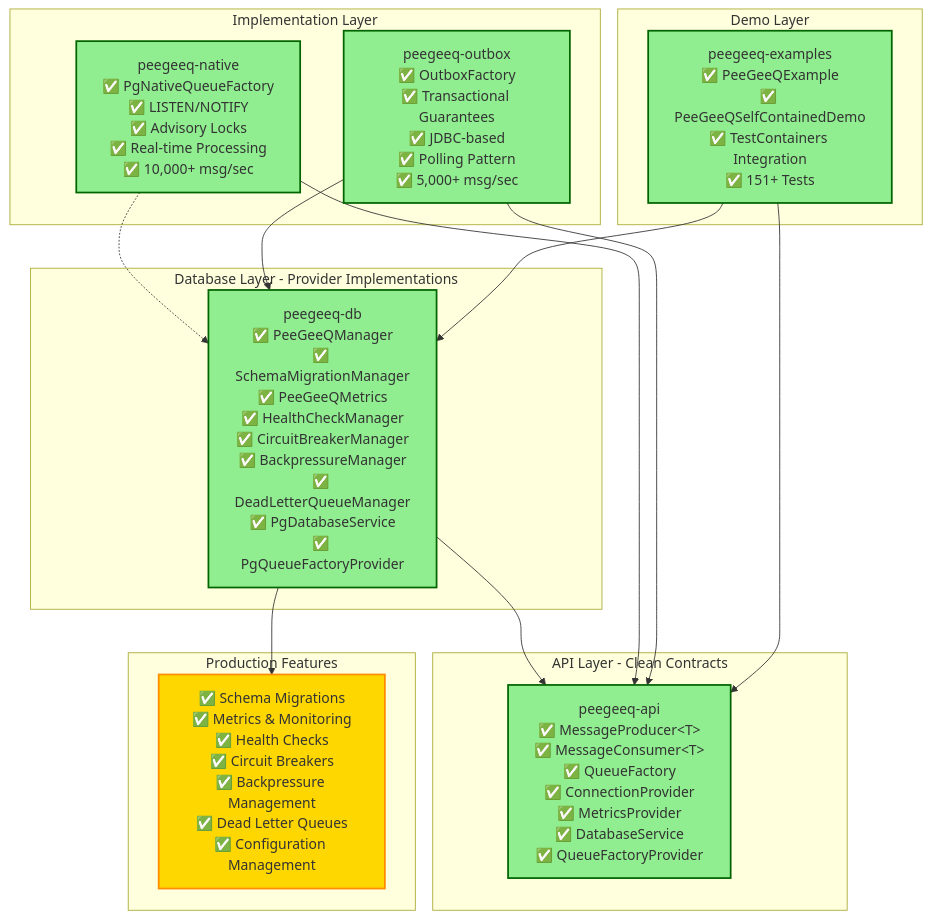
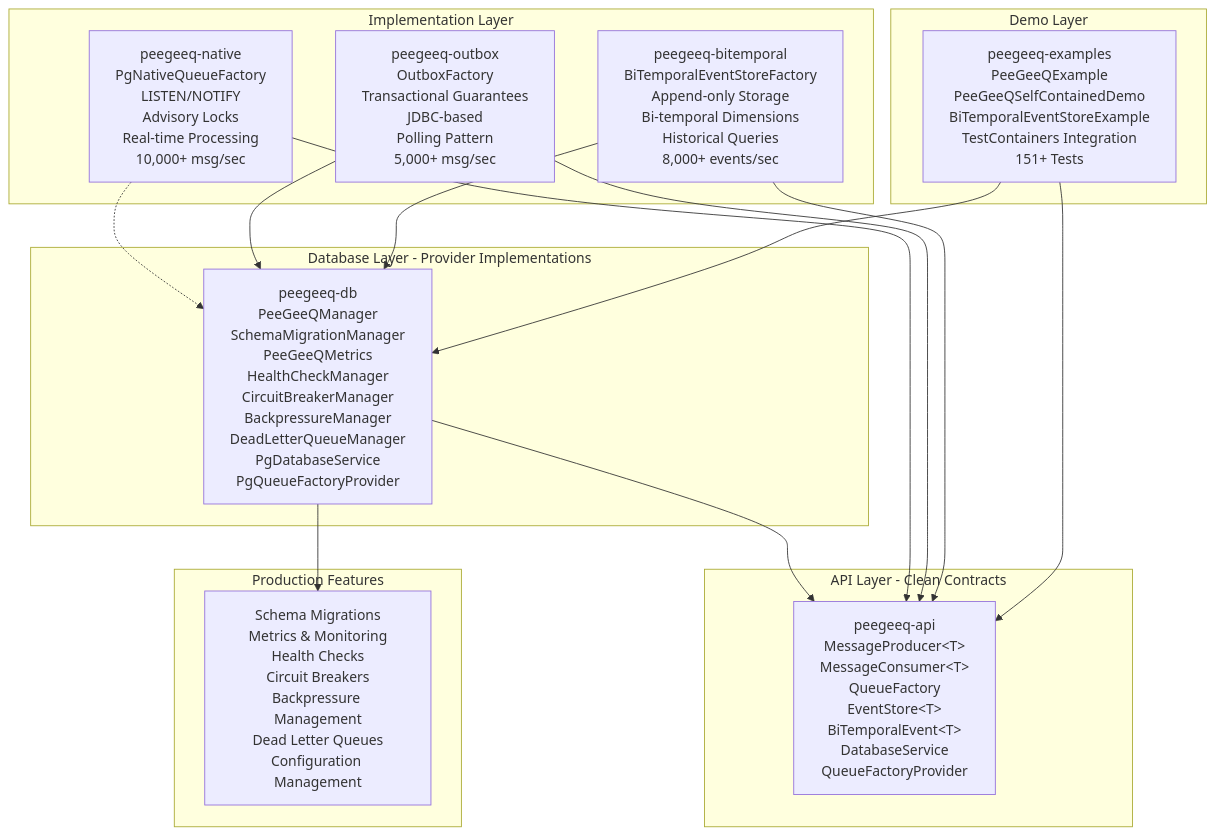
One commit to mraysmit/peegeeq changed the diagram in docs/PostgreSQL as a Message Queue Project Proposal.md. Above: the diagram before and after it, drawn with Mermaid. The commit also changed other lines of this file and 32 other files, not shown here.

Commit message:
add bi-temporal event store module with event sourcing, temporal queries, and real-time processing capabilities

````diff
--- a/docs/PostgreSQL as a Message Queue Project Proposal.md
+++ b/docs/PostgreSQL as a Message Queue Project Proposal.md
@@ -71,39 +92,36 @@
 ```mermaid
 graph TB
     subgraph "API Layer - Clean Contracts"
-        API[peegeeq-api<br/>✅ MessageProducer&lt;T&gt;<br/>✅ MessageConsumer&lt;T&gt;<br/>✅ QueueFactory<br/>✅ ConnectionProvider<br/>✅ MetricsProvider<br/>✅ DatabaseService<br/>✅ QueueFactoryProvider]
+        API[peegeeq-api<br/>MessageProducer&lt;T&gt;<br/>MessageConsumer&lt;T&gt;<br/>QueueFactory<br/>EventStore&lt;T&gt;<br/>BiTemporalEvent&lt;T&gt;<br/>DatabaseService<br/>QueueFactoryProvider]
     end
 
     subgraph "Database Layer - Provider Implementations"
-        DB[peegeeq-db<br/>✅ PeeGeeQManager<br/>✅ SchemaMigrationManager<br/>✅ PeeGeeQMetrics<br/>✅ HealthCheckManager<br/>✅ CircuitBreakerManager<br/>✅ BackpressureManager<br/>✅ DeadLetterQueueManager<br/>✅ PgDatabaseService<br/>✅ PgQueueFactoryProvider]
+        DB[peegeeq-db<br/>PeeGeeQManager<br/>SchemaMigrationManager<br/>PeeGeeQMetrics<br/>HealthCheckManager<br/>CircuitBreakerManager<br/>BackpressureManager<br/>DeadLetterQueueManager<br/>PgDatabaseService<br/>PgQueueFactoryProvider]
     end
 
     subgraph "Implementation Layer"
-        NATIVE[peegeeq-native<br/>✅ PgNativeQueueFactory<br/>✅ LISTEN/NOTIFY<br/>✅ Advisory Locks<br/>✅ Real-time Processing<br/>✅ 10,000+ msg/sec]
-        OUTBOX[peegeeq-outbox<br/>✅ OutboxFactory<br/>✅ Transactional Guarantees<br/>✅ JDBC-based<br/>✅ Polling Pattern<br/>✅ 5,000+ msg/sec]
+        NATIVE[peegeeq-native<br/>PgNativeQueueFactory<br/>LISTEN/NOTIFY<br/>Advisory Locks<br/>Real-time Processing<br/>10,000+ msg/sec]
+        OUTBOX[peegeeq-outbox<br/>OutboxFactory<br/>Transactional Guarantees<br/>JDBC-based<br/>Polling Pattern<br/>5,000+ msg/sec]
+        BITEMPORAL[peegeeq-bitemporal<br/>BiTemporalEventStoreFactory<br/>Append-only Storage<br/>Bi-temporal Dimensions<br/>Historical Queries<br/>8,000+ events/sec]
     end
 
     subgraph "Demo Layer"
-        EXAMPLES[peegeeq-examples<br/>✅ PeeGeeQExample<br/>✅ PeeGeeQSelfContainedDemo<br/>✅ TestContainers Integration<br/>✅ 151+ Tests]
+        EXAMPLES[peegeeq-examples<br/>PeeGeeQExample<br/>PeeGeeQSelfContainedDemo<br/>BiTemporalEventStoreExample<br/>TestContainers Integration<br/>151+ Tests]
     end
 
     subgraph "Production Features"
-        PROD[✅ Schema Migrations<br/>✅ Metrics & Monitoring<br/>✅ Health Checks<br/>✅ Circuit Breakers<br/>✅ Backpressure Management<br/>✅ Dead Letter Queues<br/>✅ Configuration Management]
+        PROD[Schema Migrations<br/>Metrics & Monitoring<br/>Health Checks<br/>Circuit Breakers<br/>Backpressure Management<br/>Dead Letter Queues<br/>Configuration Management]
     end
 
     DB --> API
     NATIVE --> API
     NATIVE -.-> DB
     OUTBOX --> API
     OUTBOX --> DB
+    BITEMPORAL --> API
+    BITEMPORAL --> DB
     EXAMPLES --> API
     EXAMPLES --> DB
 
     DB --> PROD
-
-    classDef completed fill:#90EE90,stroke:#006400,stroke-width:2px
-    classDef production fill:#FFD700,stroke:#FF8C00,stroke-width:2px
-
-    class API,DB,NATIVE,OUTBOX,EXAMPLES completed
-    class PROD production
 ```
````
